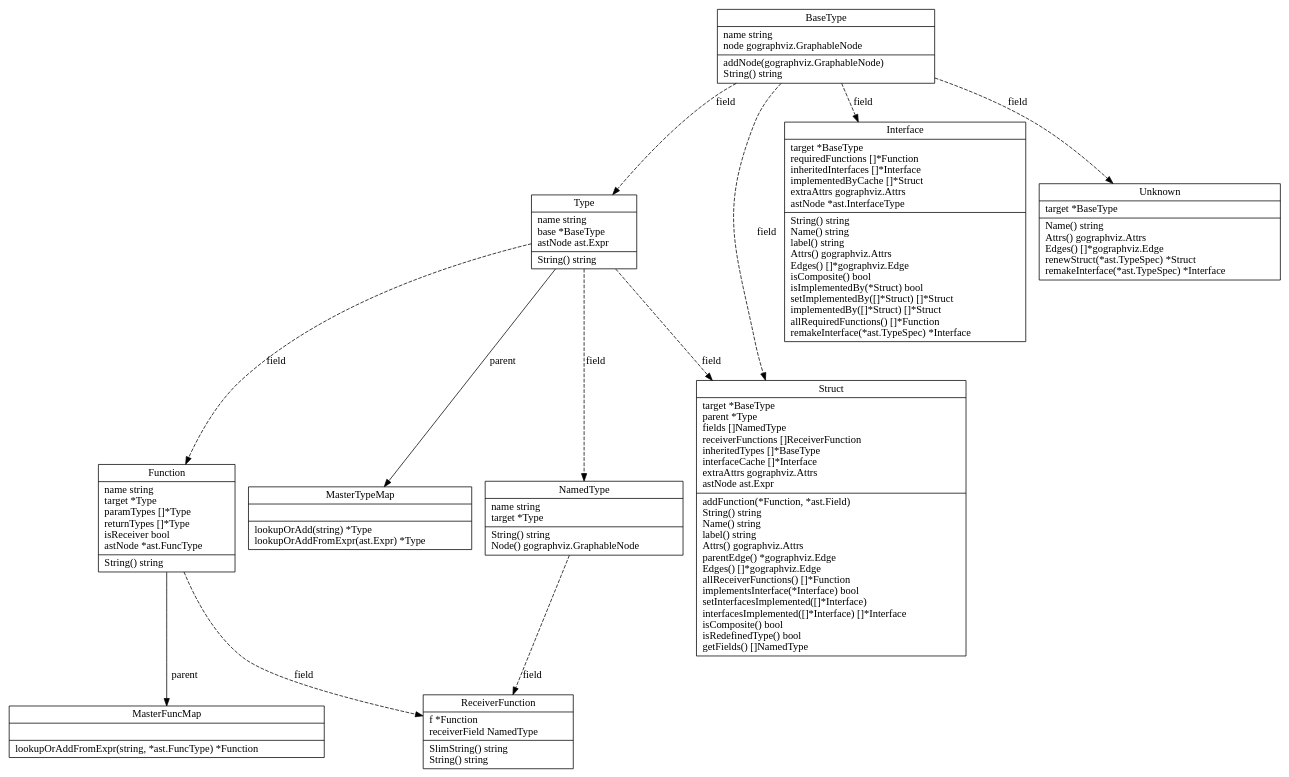
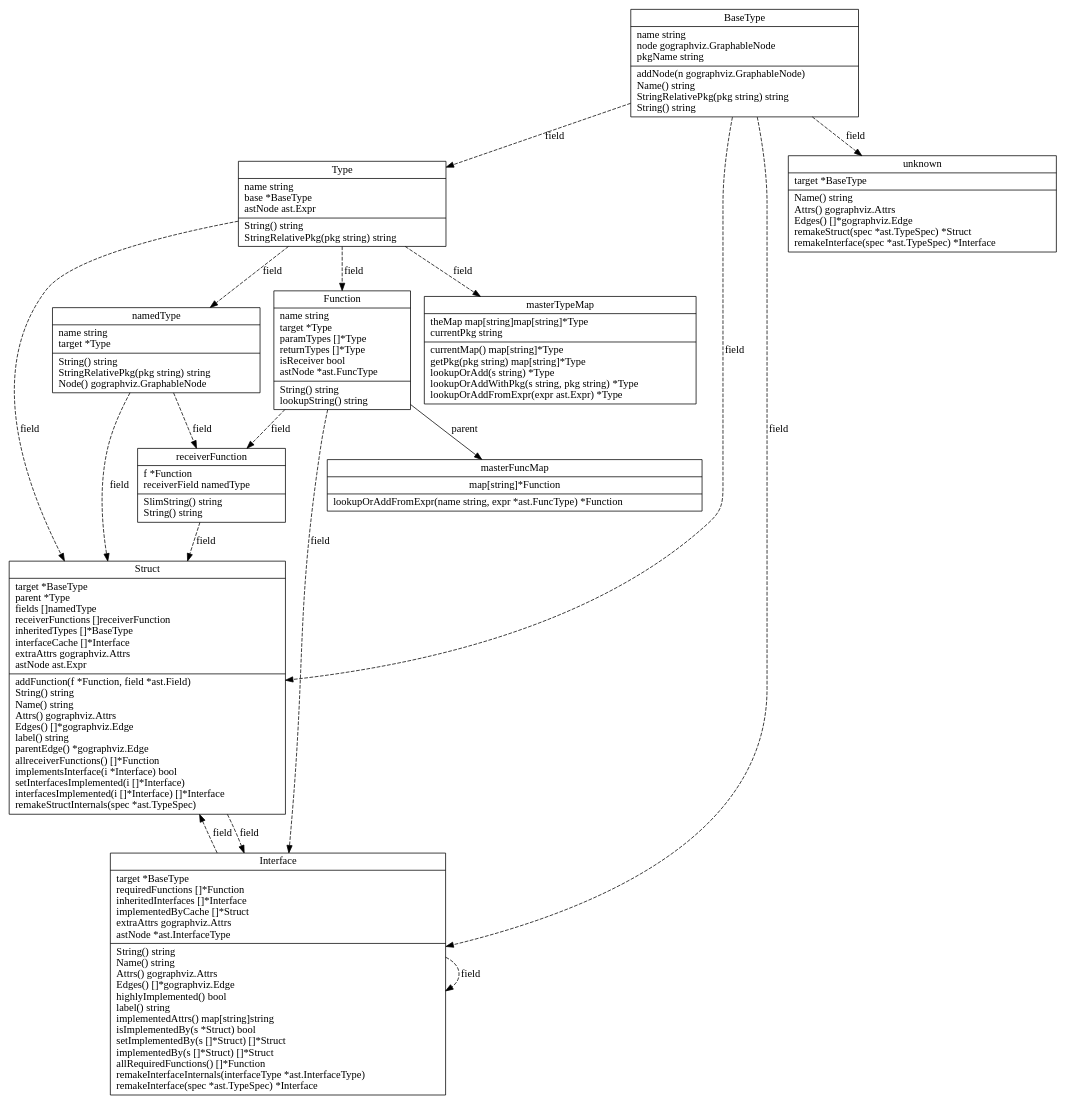
The diagram in golang.dot (FireGoblin/golangTypeGraph), drawn with Graphviz before and after one commit. The commit also changed 5 other files, not shown here.

```diff
--- a/golang.dot
+++ b/golang.dot
@@ -1,24 +1,30 @@
 digraph golangTypeGraph {
-	Type->NamedType[ label=field, style=dashed ];
-	Type->Function[ label=field, style=dashed ];
-	BaseType->Interface[ label=field, style=dashed ];
-	Function->MasterFuncMap[ label=parent, style=solid ];
+	Function->masterFuncMap[ label=parent, style=solid ];
+	Type->masterTypeMap[ label=field, style=dashed ];
+	Type->namedType[ label=field, style=dashed ];
+	Function->receiverFunction[ label=field, style=dashed ];
+	namedType->receiverFunction[ label=field, style=dashed ];
 	BaseType->Struct[ label=field, style=dashed ];
 	Type->Struct[ label=field, style=dashed ];
+	namedType->Struct[ label=field, style=dashed ];
+	receiverFunction->Struct[ label=field, style=dashed ];
+	Interface->Struct[ label=field, style=dashed ];
+	BaseType->Interface[ label=field, style=dashed ];
+	Function->Interface[ label=field, style=dashed ];
+	Interface->Interface[ label=field, style=dashed ];
+	Struct->Interface[ label=field, style=dashed ];
 	BaseType->Type[ label=field, style=dashed ];
-	BaseType->Unknown[ label=field, style=dashed ];
-	Type->MasterTypeMap[ label=parent, style=solid ];
-	Function->ReceiverFunction[ label=field, style=dashed ];
-	NamedType->ReceiverFunction[ label=field, style=dashed ];
-	BaseType [ label="{BaseType|name string\lnode gographviz.GraphableNode\l|addNode(gographviz.GraphableNode) \lString() string\l}", shape=record ];
-	Function [ label="{Function|name string\ltarget *Type\lparamTypes []*Type\lreturnTypes []*Type\lisReceiver bool\lastNode *ast.FuncType\l|String() string\l}", shape=record ];
-	Interface [ label="{Interface|target *BaseType\lrequiredFunctions []*Function\linheritedInterfaces []*Interface\limplementedByCache []*Struct\lextraAttrs gographviz.Attrs\lastNode *ast.InterfaceType\l|String() string\lName() string\llabel() string\lAttrs() gographviz.Attrs\lEdges() []*gographviz.Edge\lisComposite() bool\lisImplementedBy(*Struct) bool\lsetImplementedBy([]*Struct) []*Struct\limplementedBy([]*Struct) []*Struct\lallRequiredFunctions() []*Function\lremakeInterface(*ast.TypeSpec) *Interface\l}", shape=record ];
-	MasterFuncMap [ label="{MasterFuncMap||lookupOrAddFromExpr(string, *ast.FuncType) *Function\l}", shape=record ];
-	MasterTypeMap [ label="{MasterTypeMap||lookupOrAdd(string) *Type\llookupOrAddFromExpr(ast.Expr) *Type\l}", shape=record ];
-	NamedType [ label="{NamedType|name string\ltarget *Type\l|String() string\lNode() gographviz.GraphableNode\l}", shape=record ];
-	ReceiverFunction [ label="{ReceiverFunction|f *Function\lreceiverField NamedType\l|SlimString() string\lString() string\l}", shape=record ];
-	Struct [ label="{Struct|target *BaseType\lparent *Type\lfields []NamedType\lreceiverFunctions []ReceiverFunction\linheritedTypes []*BaseType\linterfaceCache []*Interface\lextraAttrs gographviz.Attrs\lastNode ast.Expr\l|addFunction(*Function, *ast.Field) \lString() string\lName() string\llabel() string\lAttrs() gographviz.Attrs\lparentEdge() *gographviz.Edge\lEdges() []*gographviz.Edge\lallReceiverFunctions() []*Function\limplementsInterface(*Interface) bool\lsetInterfacesImplemented([]*Interface) \linterfacesImplemented([]*Interface) []*Interface\lisComposite() bool\lisRedefinedType() bool\lgetFields() []NamedType\l}", shape=record ];
-	Type [ label="{Type|name string\lbase *BaseType\lastNode ast.Expr\l|String() string\l}", shape=record ];
-	Unknown [ label="{Unknown|target *BaseType\l|Name() string\lAttrs() gographviz.Attrs\lEdges() []*gographviz.Edge\lrenewStruct(*ast.TypeSpec) *Struct\lremakeInterface(*ast.TypeSpec) *Interface\l}", shape=record ];
+	BaseType->unknown[ label=field, style=dashed ];
+	Type->Function[ label=field, style=dashed ];
+	BaseType [ label="{BaseType|name string\lnode gographviz.GraphableNode\lpkgName string\l|addNode(n gographviz.GraphableNode) \lName() string\lStringRelativePkg(pkg string) string\lString() string\l}", shape=record ];
+	Function [ label="{Function|name string\ltarget *Type\lparamTypes []*Type\lreturnTypes []*Type\lisReceiver bool\lastNode *ast.FuncType\l|String() string\llookupString() string\l}", shape=record ];
+	Interface [ label="{Interface|target *BaseType\lrequiredFunctions []*Function\linheritedInterfaces []*Interface\limplementedByCache []*Struct\lextraAttrs gographviz.Attrs\lastNode *ast.InterfaceType\l|String() string\lName() string\lAttrs() gographviz.Attrs\lEdges() []*gographviz.Edge\lhighlyImplemented() bool\llabel() string\limplementedAttrs() map[string]string\lisImplementedBy(s *Struct) bool\lsetImplementedBy(s []*Struct) []*Struct\limplementedBy(s []*Struct) []*Struct\lallRequiredFunctions() []*Function\lremakeInterfaceInternals(interfaceType *ast.InterfaceType) \lremakeInterface(spec *ast.TypeSpec) *Interface\l}", shape=record ];
+	Struct [ label="{Struct|target *BaseType\lparent *Type\lfields []namedType\lreceiverFunctions []receiverFunction\linheritedTypes []*BaseType\linterfaceCache []*Interface\lextraAttrs gographviz.Attrs\lastNode ast.Expr\l|addFunction(f *Function, field *ast.Field) \lString() string\lName() string\lAttrs() gographviz.Attrs\lEdges() []*gographviz.Edge\llabel() string\lparentEdge() *gographviz.Edge\lallreceiverFunctions() []*Function\limplementsInterface(i *Interface) bool\lsetInterfacesImplemented(i []*Interface) \linterfacesImplemented(i []*Interface) []*Interface\lremakeStructInternals(spec *ast.TypeSpec) \l}", shape=record ];
+	Type [ label="{Type|name string\lbase *BaseType\lastNode ast.Expr\l|String() string\lStringRelativePkg(pkg string) string\l}", shape=record ];
+	masterFuncMap [ label="{masterFuncMap|map[string]*Function|lookupOrAddFromExpr(name string, expr *ast.FuncType) *Function\l}", shape=record ];
+	masterTypeMap [ label="{masterTypeMap|theMap map[string]map[string]*Type\lcurrentPkg string\l|currentMap() map[string]*Type\lgetPkg(pkg string) map[string]*Type\llookupOrAdd(s string) *Type\llookupOrAddWithPkg(s string, pkg string) *Type\llookupOrAddFromExpr(expr ast.Expr) *Type\l}", shape=record ];
+	namedType [ label="{namedType|name string\ltarget *Type\l|String() string\lStringRelativePkg(pkg string) string\lNode() gographviz.GraphableNode\l}", shape=record ];
+	receiverFunction [ label="{receiverFunction|f *Function\lreceiverField namedType\l|SlimString() string\lString() string\l}", shape=record ];
+	unknown [ label="{unknown|target *BaseType\l|Name() string\lAttrs() gographviz.Attrs\lEdges() []*gographviz.Edge\lremakeStruct(spec *ast.TypeSpec) *Struct\lremakeInterface(spec *ast.TypeSpec) *Interface\l}", shape=record ];
 
 }
```
